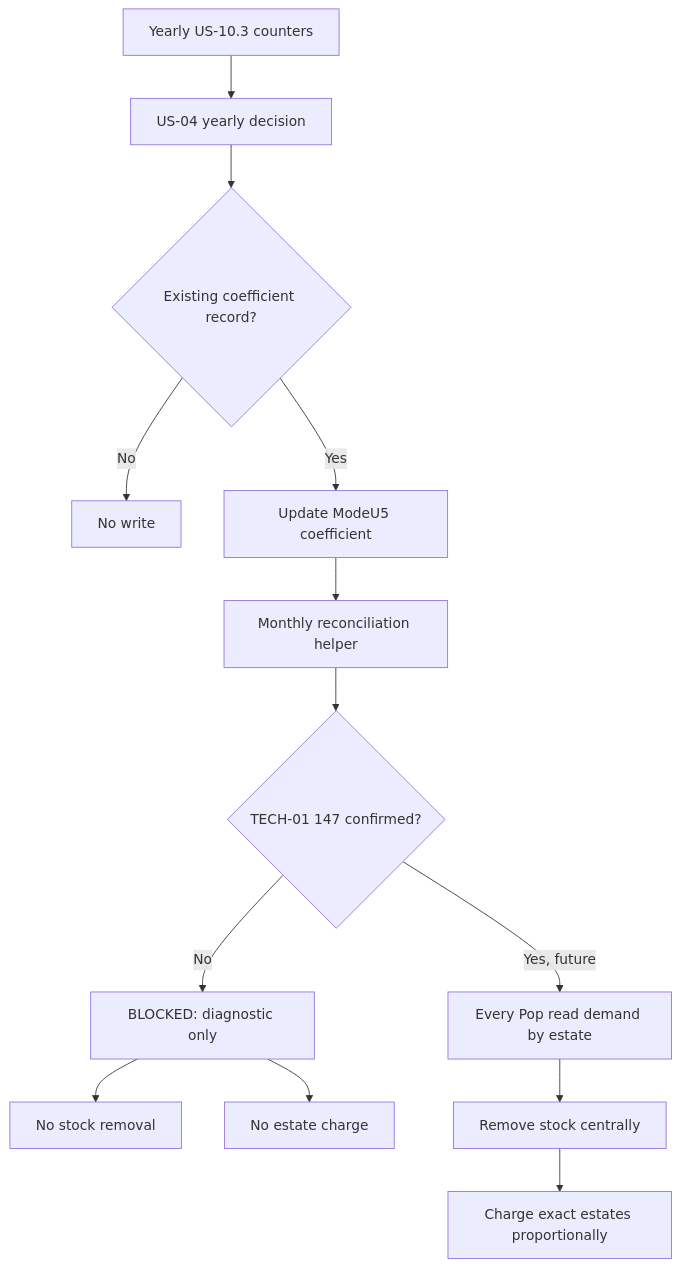
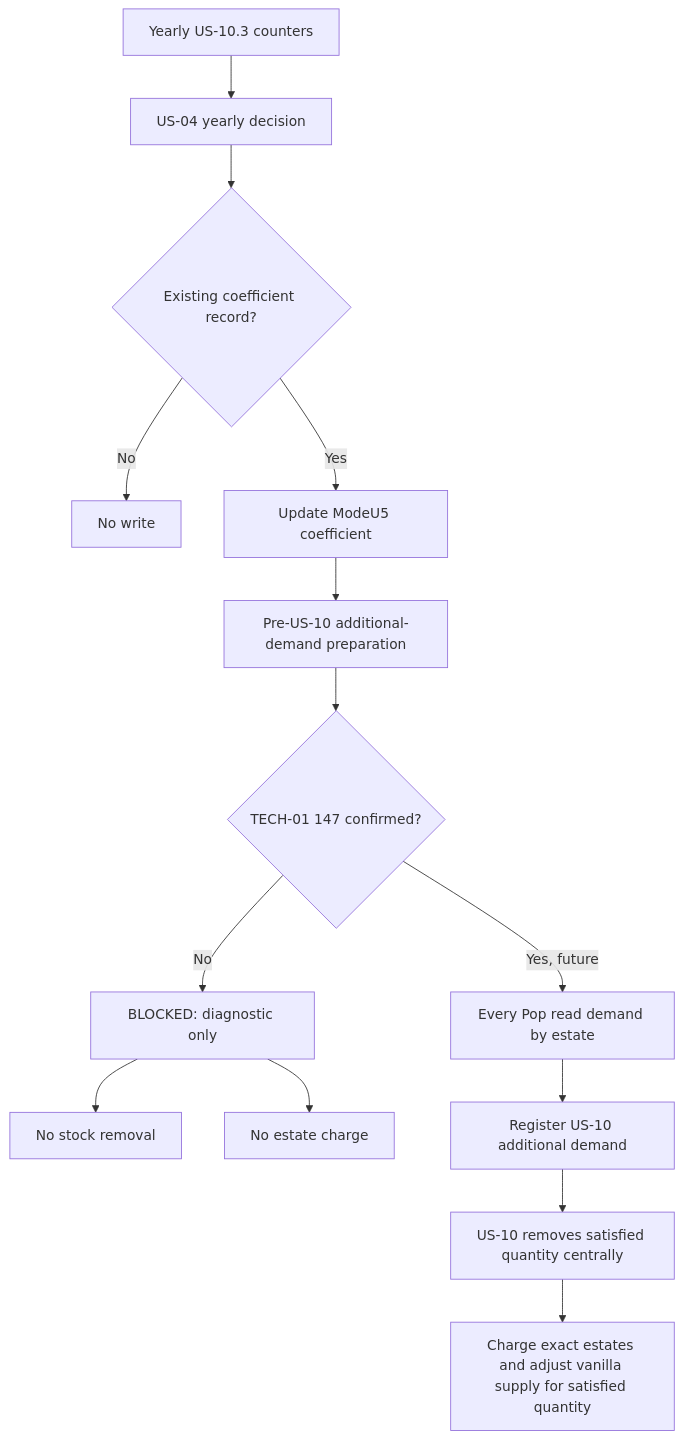
The diagram in docs/audits/pr69/Q5_flux_logique_global.v3.md (eu5mod/eu5-no-void-economy), drawn with Mermaid before and after one commit. The commit also changed other lines of this file and 4 other files, not shown here.

````diff
--- a/docs/audits/pr69/Q5_flux_logique_global.v3.md
+++ b/docs/audits/pr69/Q5_flux_logique_global.v3.md
@@ -144,15 +232,16 @@
 ```mermaid
 flowchart TD
     A[Yearly US-10.3 counters] --> B[US-04 yearly decision]
     B --> C{Existing coefficient record?}
     C -->|No| D[No write]
     C -->|Yes| E[Update ModeU5 coefficient]
-    E --> F[Monthly reconciliation helper]
+    E --> F[Pre-US-10 additional-demand preparation]
     F --> G{TECH-01 147 confirmed?}
     G -->|No| H[BLOCKED: diagnostic only]
     H --> I[No stock removal]
     H --> J[No estate charge]
     G -->|Yes, future| K[Every Pop read demand by estate]
-    K --> L[Remove stock centrally]
-    L --> M[Charge exact estates proportionally]
+    K --> L[Register US-10 additional demand]
+    L --> M[US-10 removes satisfied quantity centrally]
+    M --> N[Charge exact estates and adjust vanilla supply for satisfied quantity]
 ```
````
